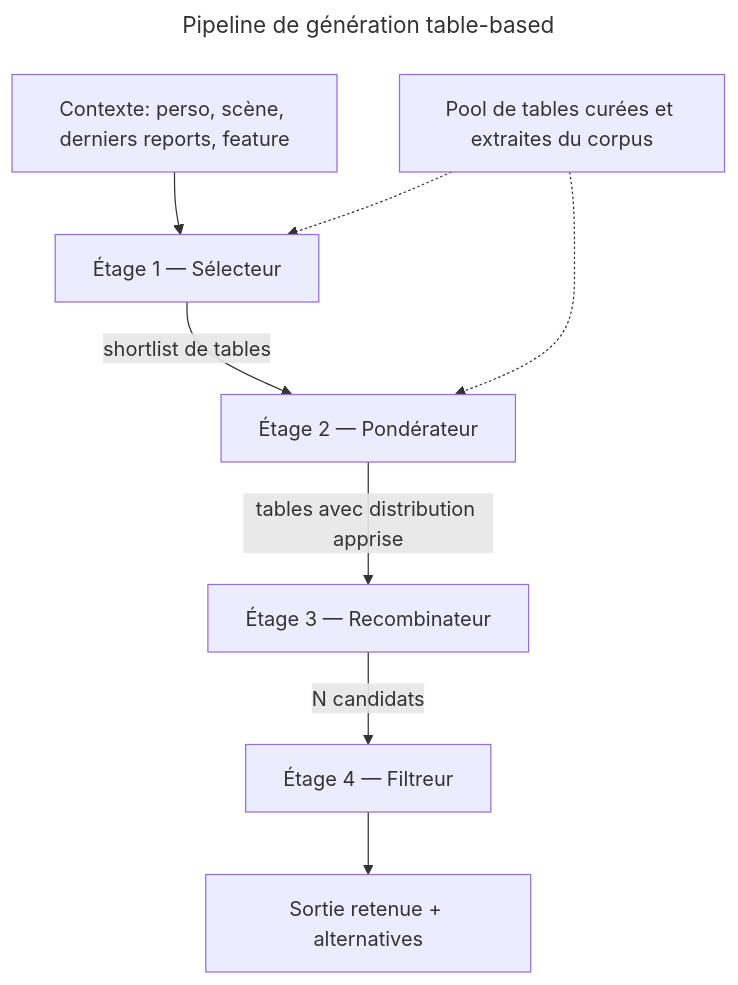
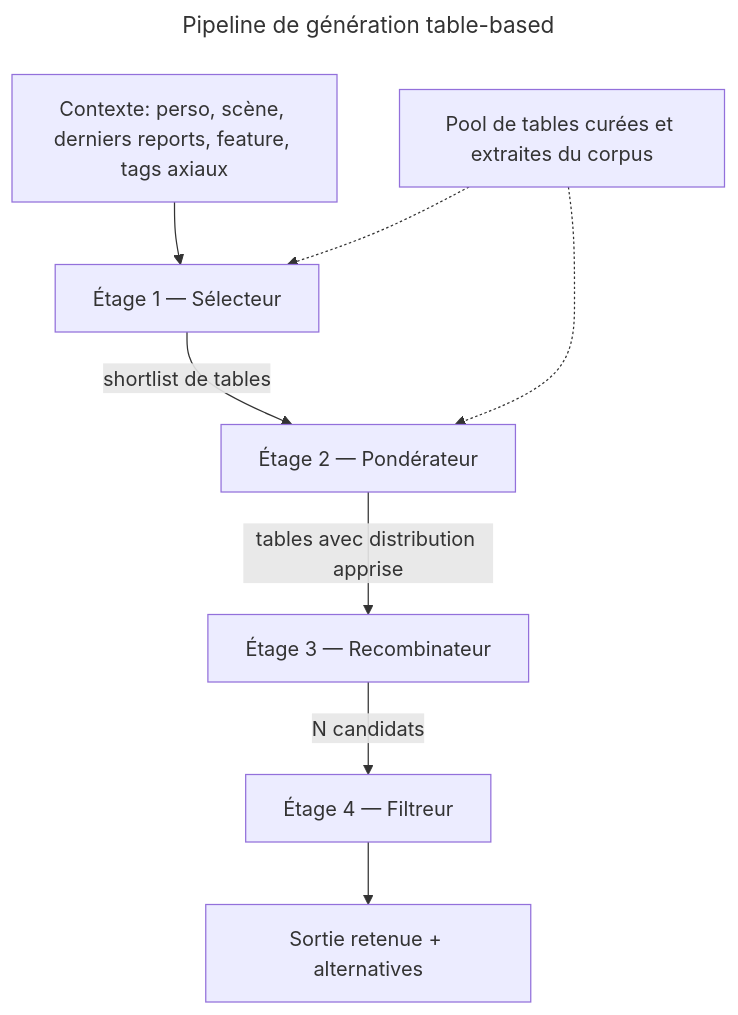
Before and after one commit to RebelliousSmile/suddenly-ai-hub: the first of 2 diagrams in aidd_docs/memory/architecture-tables-ml.md, drawn with Mermaid. The commit also changed other lines of this file and 3 other files, not shown here.

````diff
--- a/aidd_docs/memory/architecture-tables-ml.md
+++ b/aidd_docs/memory/architecture-tables-ml.md
@@ -42,21 +42,21 @@
 ```mermaid
 ---
 title: Pipeline de génération table-based
 ---
 flowchart TD
-    Context["Contexte: perso, scène, derniers reports, feature"]
+    Context["Contexte: perso, scène, derniers reports, feature, tags axiaux"]
     Selector["Étage 1 — Sélecteur"]
     Weighter["Étage 2 — Pondérateur"]
     Recombiner["Étage 3 — Recombinateur"]
     Filter["Étage 4 — Filtreur"]
     Output["Sortie retenue + alternatives"]
     TablePool["Pool de tables curées et extraites du corpus"]
 
     Context --> Selector
     Selector -- "shortlist de tables" --> Weighter
     Weighter -- "tables avec distribution apprise" --> Recombiner
     Recombiner -- "N candidats" --> Filter
     Filter --> Output
     TablePool -.-> Selector
     TablePool -.-> Weighter
 ```
````
